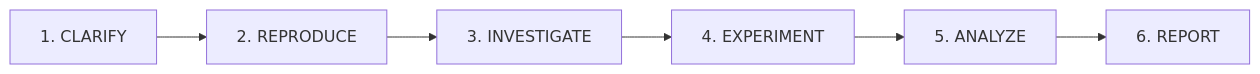
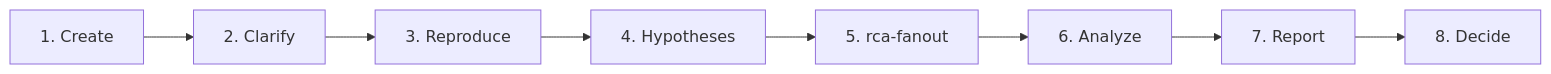
Before and after one commit to clthuang/pedantic-drip: the diagram in plugins/pd/skills/root-cause-analysis/SKILL.md, drawn with Mermaid. The commit also changed other lines of this file and 1 other file, not shown here.

First line of the commit message:
thin-pd T4.5a: brainstorming and root-cause-analysis as Clarify playbooks

````diff
--- a/plugins/pd/skills/root-cause-analysis/SKILL.md
+++ b/plugins/pd/skills/root-cause-analysis/SKILL.md
@@ -16,8 +14,4 @@
 ```mermaid
 graph LR
-    A[1. CLARIFY] --> B[2. REPRODUCE]
-    B --> C[3. INVESTIGATE]
-    C --> D[4. EXPERIMENT]
-    D --> E[5. ANALYZE]
-    E --> F[6. REPORT]
+    A[1. Create] --> B[2. Clarify] --> C[3. Reproduce] --> D[4. Hypotheses] --> E[5. rca-fanout] --> F[6. Analyze] --> G[7. Report] --> H[8. Decide]
 ```
````
